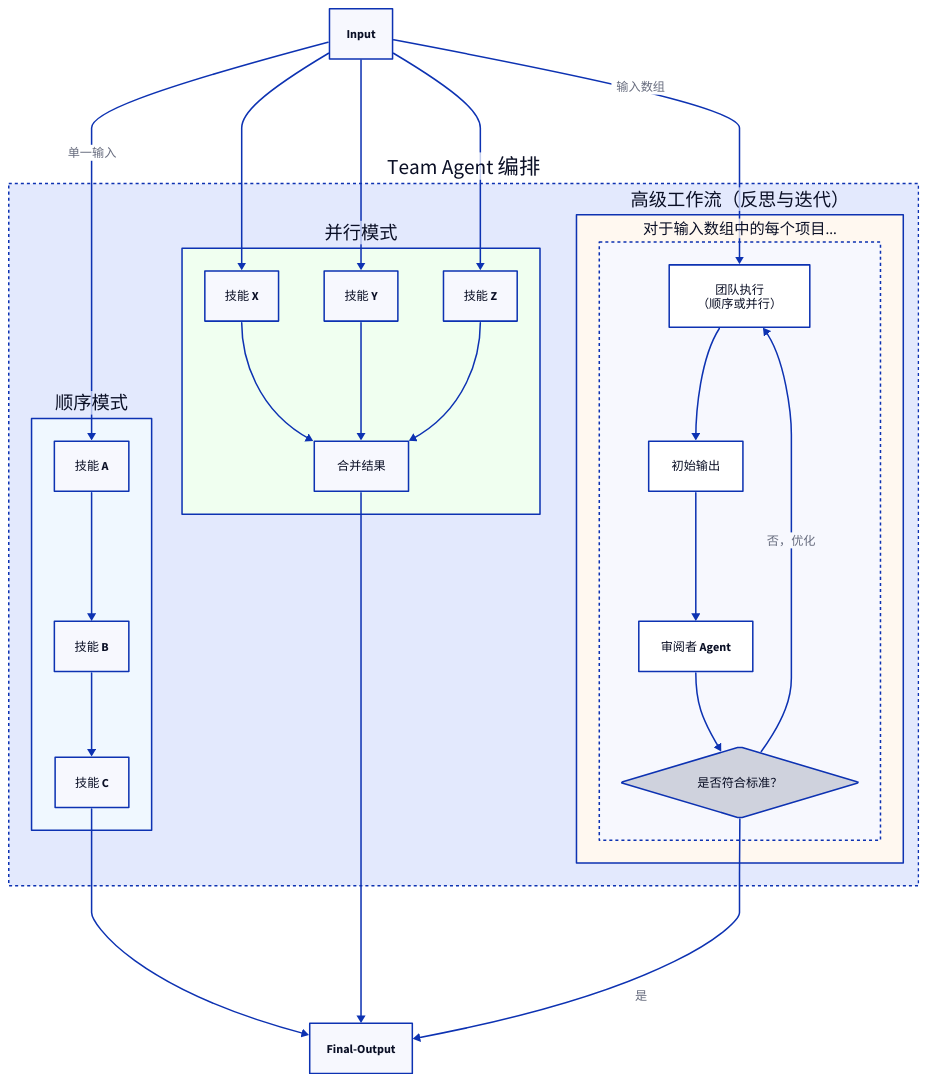
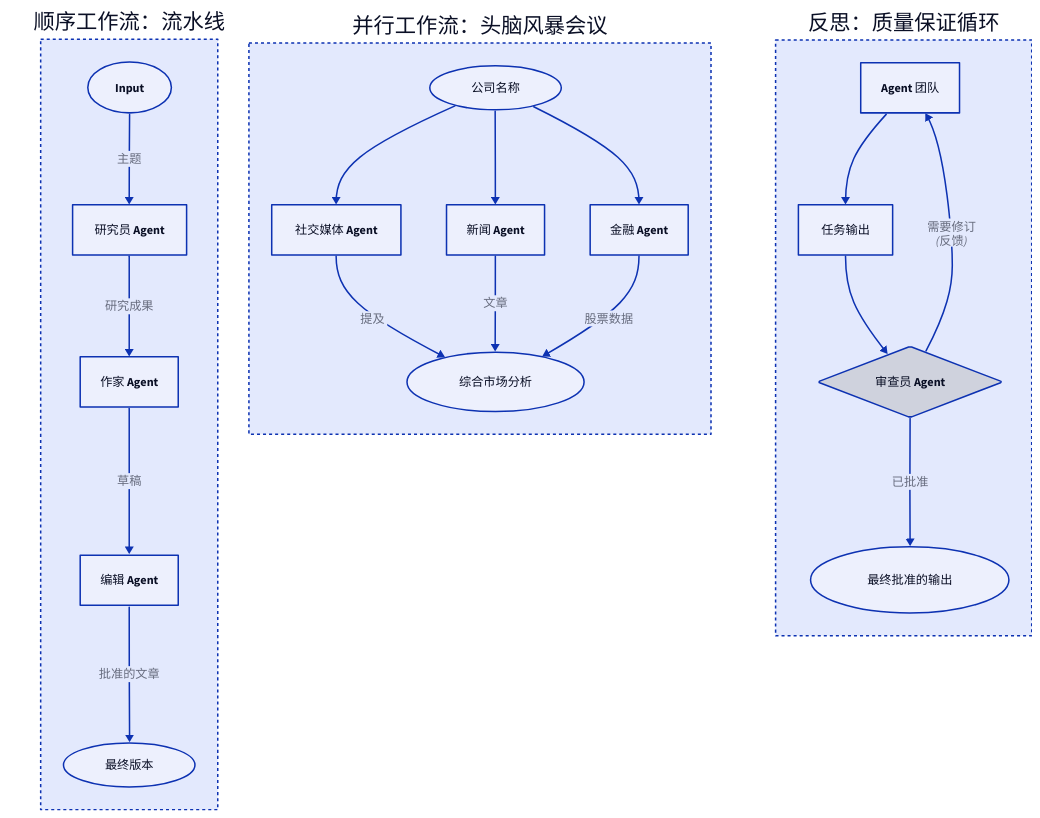
One commit to AIGNE-io/aigne-framework changed the diagram in .aigne/doc-smith/docs/user-guide-understanding-agents-agent-teams.zh.md. Above: the diagram before and after it, drawn with D2. The commit also changed other lines of this file and 191 other files, not shown here.

````diff
--- a/.aigne/doc-smith/docs/user-guide-understanding-agents-agent-teams.zh.md
+++ b/.aigne/doc-smith/docs/user-guide-understanding-agents-agent-teams.zh.md
@@ -19,70 +42,55 @@
 ```d2
 direction: down
 
-Input
-
-TeamAgent: {
-  label: "Team Agent 编排"
-  shape: rectangle
+Sequential-Workflow: {
+  label: "顺序工作流：流水线"
   style.stroke-dash: 2
 
-  Sequential-Mode: {
-    label: "顺序模式"
-    shape: rectangle
-    style.fill: "#f0f8ff"
-    Skill-A: "技能 A"
-    Skill-B: "技能 B"
-    Skill-C: "技能 C"
-    Skill-A -> Skill-B -> Skill-C
-  }
+  Input: { shape: oval }
+  Researcher: "研究员 Agent"
+  Writer: "作家 Agent"
+  Editor: "编辑 Agent"
+  Output: { label: "最终版本"; shape: oval }
 
-  Parallel-Mode: {
-    label: "并行模式"
-    shape: rectangle
-    style.fill: "#f0fff0"
-    Skill-X: "技能 X"
-    Skill-Y: "技能 Y"
-    Skill-Z: "技能 Z"
-    Combine-Results: "合并结果"
-    Skill-X -> Combine-Results
-    Skill-Y -> Combine-Results
-    Skill-Z -> Combine-Results
-  }
-
-  Advanced-Workflow: {
-    label: "高级工作流（反思与迭代）"
-    shape: rectangle
-    style.fill: "#fff8f0"
-    Process-Item: {
-      label: "对于输入数组中的每个项目..."
-      shape: rectangle
-      style.stroke-dash: 2
-      Team-Execution: "团队执行\n（顺序或并行）"
-      Initial-Output: "初始输出"
-      Reviewer-Agent: "审阅者 Agent"
-      Meets-Criteria: {
-        label: "是否符合标准？"
-        shape: diamond
-      }
-      Team-Execution -> Initial-Output
-      Initial-Output -> Reviewer-Agent
-      Reviewer-Agent -> Meets-Criteria
-      Meets-Criteria -> Team-Execution: "否，优化"
-    }
-  }
+  Input -> Researcher: "主题"
+  Researcher -> Writer: "研究成果"
+  Writer -> Editor: "草稿"
+  Editor -> Output: "批准的文章"
 }
 
-Final-Output
+Parallel-Workflow: {
+  label: "并行工作流：头脑风暴会议"
+  style.stroke-dash: 2
 
-Input -> TeamAgent.Sequential-Mode.Skill-A: "单一输入"
-TeamAgent.Sequential-Mode.Skill-C -> Final-Output
+  Input: { label: "公司名称"; shape: oval }
+  Social-Media: "社交媒体 Agent"
+  News: "新闻 Agent"
+  Financial: "金融 Agent"
+  Output: { label: "综合市场分析"; shape: oval }
 
-Input -> TeamAgent.Parallel-Mode.Skill-X
-Input -> TeamAgent.Parallel-Mode.Skill-Y
-Input -> TeamAgent.Parallel-Mode.Skill-Z
-TeamAgent.Parallel-Mode.Combine-Results -> Final-Output
+  Input -> Social-Media
+  Input -> News
+  Input -> Financial
+  Social-Media -> Output: "提及"
+  News -> Output: "文章"
+  Financial -> Output: "股票数据"
+}
 
-Input -> TeamAgent.Advanced-Workflow.Process-Item.Team-Execution: "输入数组"
-TeamAgent.Advanced-Workflow.Process-Item.Meets-Criteria -> Final-Output: "是"
+Reflection-Workflow: {
+  label: "反思：质量保证循环"
+  style.stroke-dash: 2
 
+  Team: "Agent 团队"
+  Task-Output: "任务输出"
+  Reviewer: {
+    label: "审查员 Agent"
+    shape: diamond
+  }
+  Final-Output: { label: "最终批准的输出"; shape: oval }
+
+  Team -> Task-Output
+  Task-Output -> Reviewer
+  Reviewer -> Final-Output: "已批准"
+  Reviewer -> Team: "需要修订\n(反馈)"
+}
 ```
````
